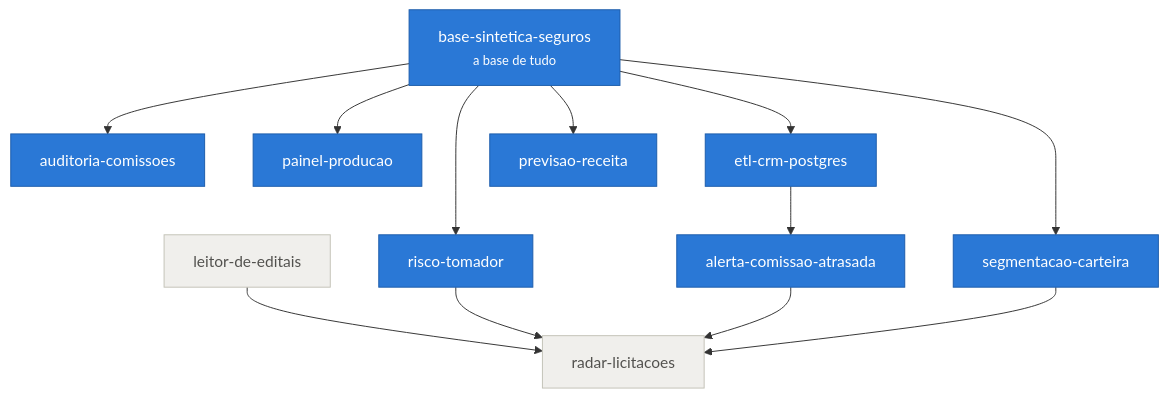
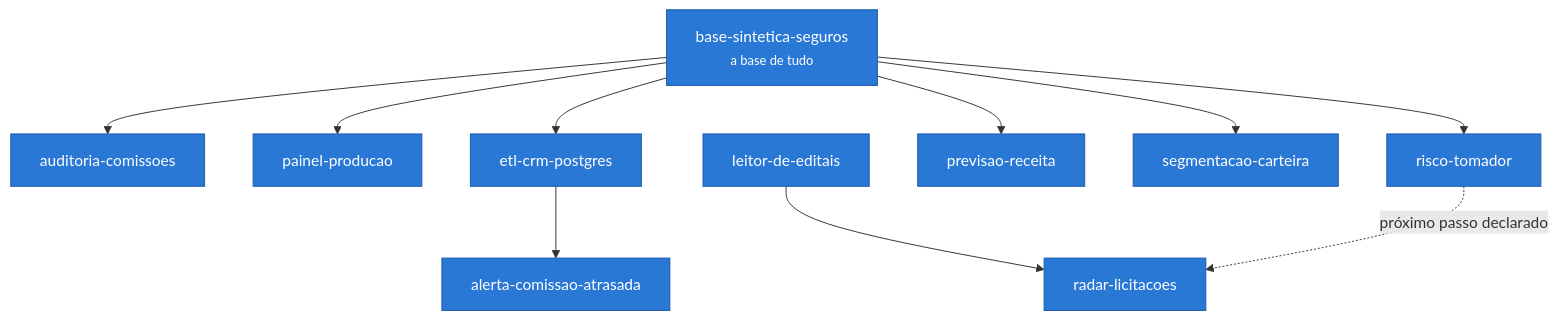
Before and after one commit to Lucasnevesads/Lucasnevesads: the diagram in README.md, drawn with Mermaid. The commit also changed other lines of this file, not shown here.

Commit message:
Trilha completa: leitor e radar no ar

````diff
--- a/README.md
+++ b/README.md
@@ -32,20 +32,17 @@
 ```mermaid
 flowchart TD
     A["base-sintetica-seguros<br/><small>a base de tudo</small>"]:::pronto
 
     A --> B["auditoria-comissoes"]:::pronto
     A --> C["painel-producao"]:::pronto
     A --> D["etl-crm-postgres"]:::pronto
     A --> F["risco-tomador"]:::pronto
     A --> G["previsao-receita"]:::pronto
     A --> H["segmentacao-carteira"]:::pronto
 
     D --> E["alerta-comissao-atrasada"]:::pronto
-    I["leitor-de-editais"]:::fila --> J["radar-licitacoes"]:::fila
-    F --> J
-    E --> J
-    H --> J
+    I["leitor-de-editais"]:::pronto --> J["radar-licitacoes"]:::pronto
+    F -. próximo passo declarado .-> J
 
     classDef pronto fill:#2a78d6,stroke:#1c5cab,color:#fff,stroke-width:1px
-    classDef fila fill:#f0efec,stroke:#c3c2b7,color:#52514e,stroke-width:1px
 ```
````
